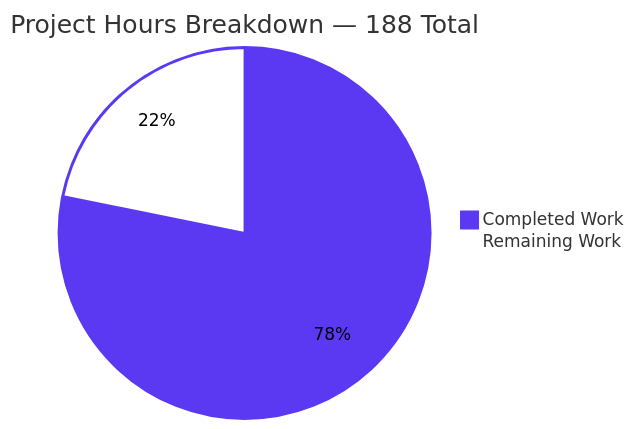
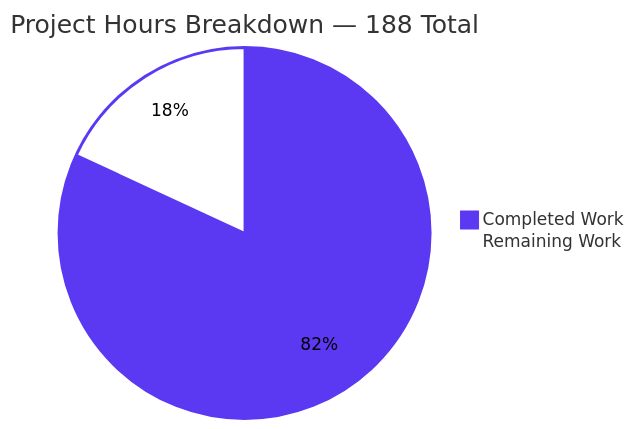
The second of 4 diagrams in blitzy/documentation/Project Guide.md (Tzadiko/monero), drawn with Mermaid before and after one commit. The commit also changed other lines of this file, not shown here.

````diff
--- a/blitzy/documentation/Project Guide.md
+++ b/blitzy/documentation/Project Guide.md
@@ -1690,6 +1699,6 @@
 ```mermaid
 %%{init: {"theme": "base", "themeVariables": {"pie1": "#5B39F3", "pie2": "#FFFFFF", "pieOpacity": "1", "pieStrokeColor": "#5B39F3", "pieOuterStrokeColor": "#5B39F3", "pieSectionTextColor": "#000000"}}}%%
 pie title Project Hours Breakdown — 188 Total
-    "Completed Work" : 147
-    "Remaining Work" : 41
+    "Completed Work" : 154
+    "Remaining Work" : 34
 ```
````
